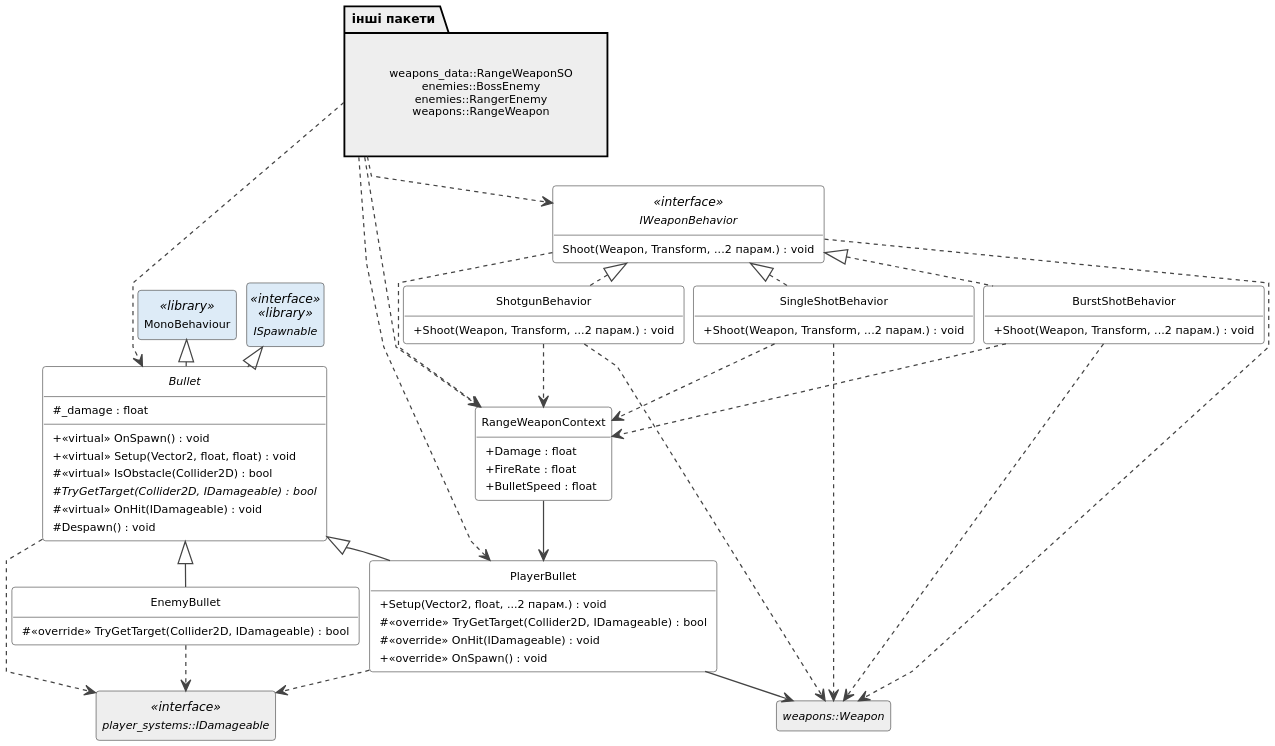
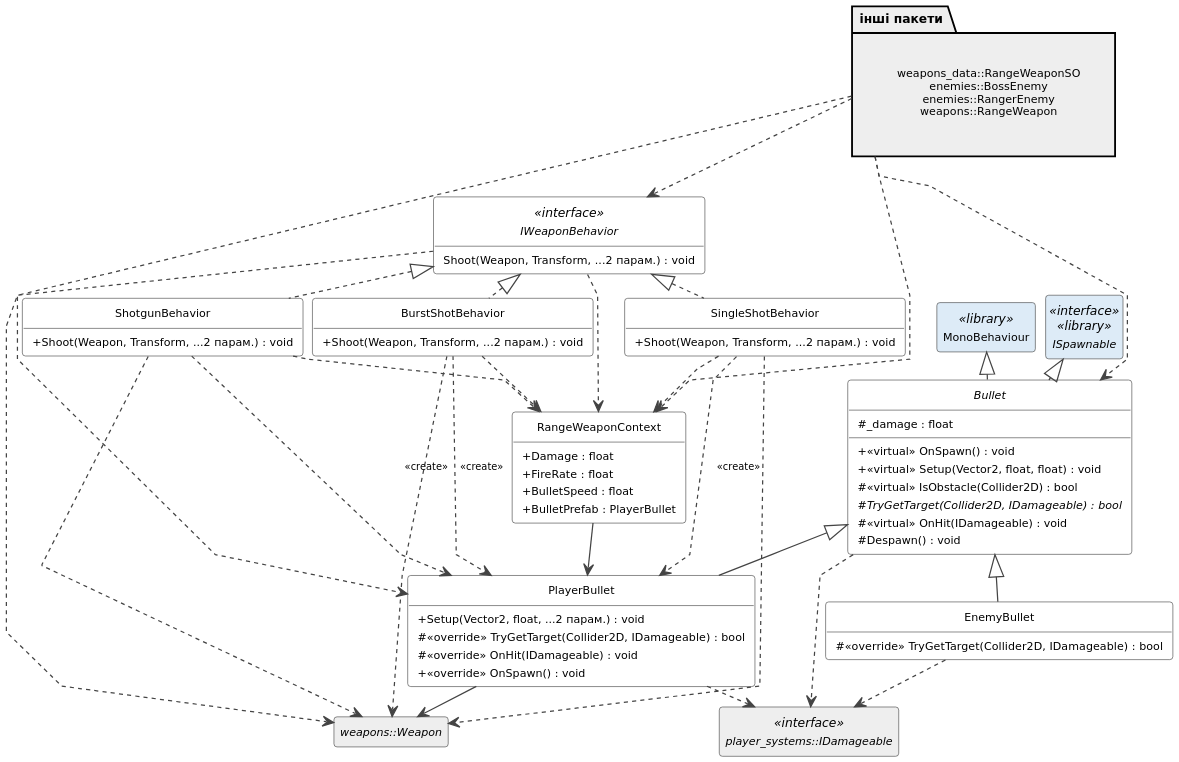
One commit to Rot1k/Undead_Harvest changed the diagram in Diagrams/Class/projectiles.puml. Above: the diagram before and after it, drawn with PlantUML. The commit also changed 138 other files, not shown here.

```diff
--- a/Diagrams/Class/projectiles.puml
+++ b/Diagrams/Class/projectiles.puml
@@ -1,99 +1,103 @@
 @startuml
 skinparam style strictuml
 skinparam classAttributeIconSize 0
 skinparam dpi 200
 skinparam shadowing false
 skinparam defaultFontName DejaVu Sans
 skinparam defaultFontSize 10
 skinparam classFontSize 10
 skinparam classAttributeFontSize 9
 skinparam stereotypeFontSize 8
 skinparam ranksep 16
 skinparam nodesep 8
 skinparam padding 2
 skinparam ClassBackgroundColor White
 skinparam ClassBorderColor #444444
 skinparam ArrowColor #444444
 skinparam ArrowFontSize 8
 skinparam linetype polyline
 skinparam class<<grp>> {
   BackgroundColor White
   BorderColor #444444
 }
 skinparam class<<names>> {
   BackgroundColor transparent
   BorderColor transparent
 }
 hide <<names>> stereotype
 hide <<grp>> stereotype
 hide circle
 top to bottom direction
 hide empty members
 
 abstract class Bullet {
   # _damage : float
   + <<virtual>> OnSpawn() : void
   + <<virtual>> Setup(Vector2, float, float) : void
   # <<virtual>> IsObstacle(Collider2D) : bool
   # {abstract} TryGetTarget(Collider2D, IDamageable) : bool
   # <<virtual>> OnHit(IDamageable) : void
   # Despawn() : void
 }
 class EnemyBullet {
   # <<override>> TryGetTarget(Collider2D, IDamageable) : bool
 }
 class PlayerBullet {
   + Setup(Vector2, float, ...2 парам.) : void
   # <<override>> TryGetTarget(Collider2D, IDamageable) : bool
   # <<override>> OnHit(IDamageable) : void
   + <<override>> OnSpawn() : void
 }
 class RangeWeaponContext {
   + Damage : float
   + FireRate : float
   + BulletSpeed : float
+  + BulletPrefab : PlayerBullet
 }
 interface IWeaponBehavior <<interface>> {
   Shoot(Weapon, Transform, ...2 парам.) : void
 }
 class SingleShotBehavior {
   + Shoot(Weapon, Transform, ...2 парам.) : void
 }
 class BurstShotBehavior {
   + Shoot(Weapon, Transform, ...2 парам.) : void
 }
 class ShotgunBehavior {
   + Shoot(Weapon, Transform, ...2 парам.) : void
 }
 abstract class "weapons::Weapon" as Weapon #EEEEEE
 interface "player_systems::IDamageable" as IDamageable <<interface>> #EEEEEE
 class MonoBehaviour <<library>> #DDEBF7
 interface ISpawnable <<interface>> <<library>> #DDEBF7
 package "інші пакети" as IN_all #EEEEEE {
   class "weapons_data::RangeWeaponSO\nenemies::BossEnemy\nenemies::RangerEnemy\nweapons::RangeWeapon" as IN_all_n <<names>>
 }
 MonoBehaviour <|-- Bullet
 ISpawnable <|.. Bullet
 Bullet <|-- EnemyBullet
 Bullet <|-- PlayerBullet
 IWeaponBehavior <|.. BurstShotBehavior
 IWeaponBehavior <|.. ShotgunBehavior
 IWeaponBehavior <|.. SingleShotBehavior
 RangeWeaponContext --> PlayerBullet
 IWeaponBehavior ..> RangeWeaponContext
 BurstShotBehavior ..> RangeWeaponContext
 ShotgunBehavior ..> RangeWeaponContext
 SingleShotBehavior ..> RangeWeaponContext
 PlayerBullet --> Weapon
 IWeaponBehavior ..> Weapon
 BurstShotBehavior ..> Weapon
 ShotgunBehavior ..> Weapon
 SingleShotBehavior ..> Weapon
+BurstShotBehavior ..> PlayerBullet : <<create>>
+ShotgunBehavior ..> PlayerBullet : <<create>>
+SingleShotBehavior ..> PlayerBullet : <<create>>
 Bullet ..> IDamageable
 EnemyBullet ..> IDamageable
 PlayerBullet ..> IDamageable
 IN_all ..> PlayerBullet
 IN_all ..> Bullet
 IN_all ..> IWeaponBehavior
 IN_all ..> RangeWeaponContext
 @enduml
```
